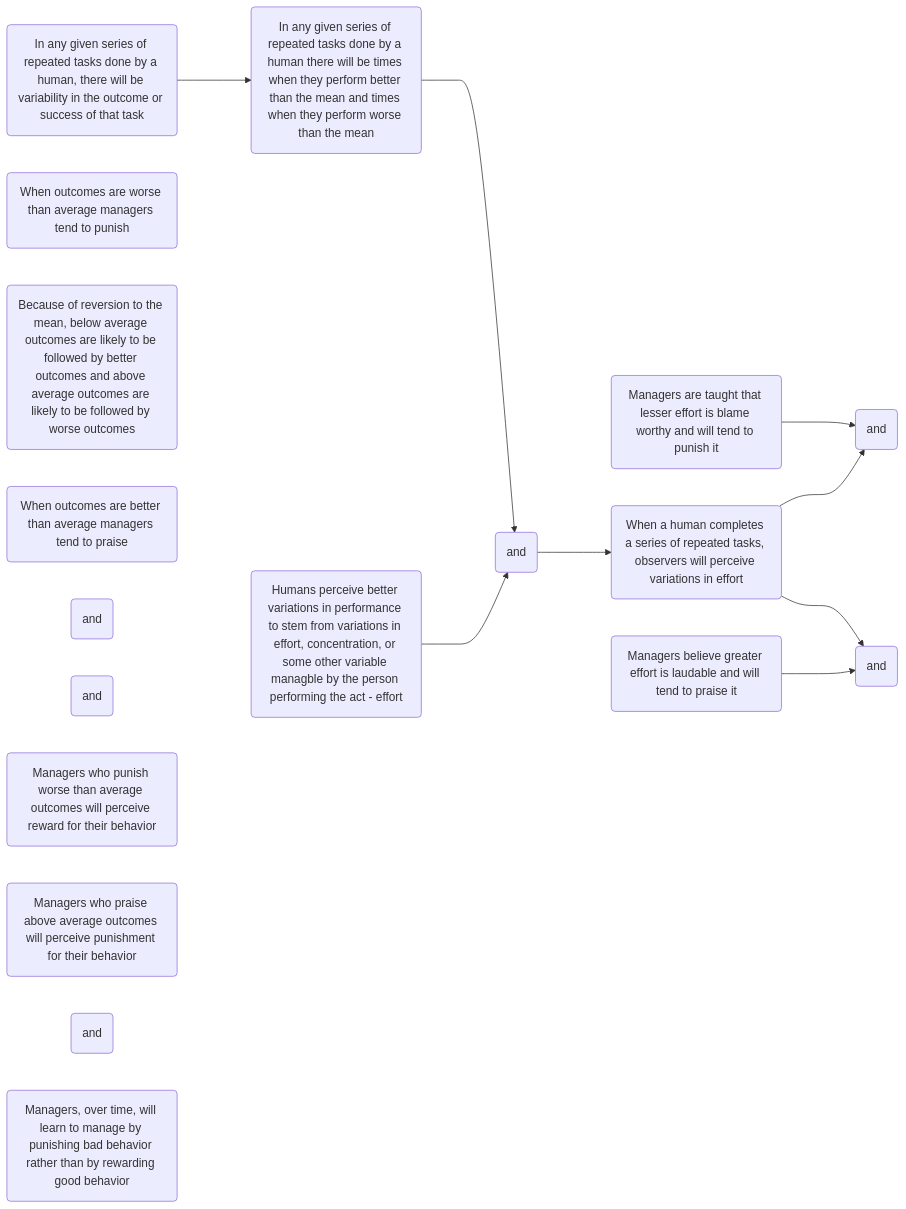
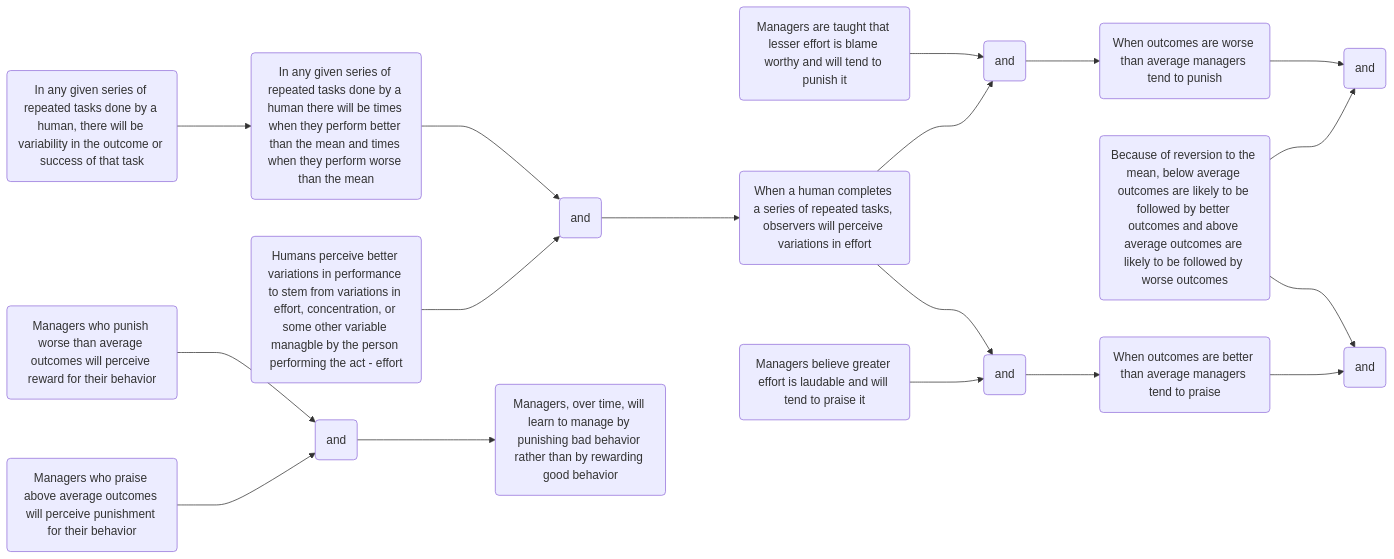
Before and after one commit to hwetsman/TOC_Trees: the diagram in Why_Managers_Learn_To_Manage_Negatively.md, drawn with Mermaid.

Commit message:
Refactor: complete draft of links

`````diff
--- a/Why_Managers_Learn_To_Manage_Negatively.md
+++ b/Why_Managers_Learn_To_Manage_Negatively.md
@@ -1,31 +1,39 @@
 ```mermaid
 flowchart LR
 
 human_variability(In any given series of repeated tasks done by a human, there will be variability in the outcome or success of that task)
 above_and_below(In any given series of repeated tasks done by a human there will be times when they perform better than the mean and times when they perform worse than the mean)
   human_variability--->above_and_below
 human_perception(Humans perceive better variations in performance to stem from variations in effort, concentration, or some other variable managble by the person performing the act - effort)
   and1(and)
   above_and_below--->and1
   human_perception--->and1
   lesser_effort(Managers are taught that lesser effort is blame worthy and will tend to punish it)
   observer_perception(When a human completes a series of repeated tasks, observers will perceive variations in effort)
     and1--->observer_perception
   managers_belief(Managers believe greater effort is laudable and will tend to praise it)
     and2(and)
     and3(and)
     observer_perception--->and2
     observer_perception--->and3
       lesser_effort--->and2
       managers_belief--->and3
     worse_outcomes(When outcomes are worse than average managers tend to punish)
+      and2--->worse_outcomes
     reversion(Because of reversion to the mean, below average outcomes are likely to be followed by better outcomes and above average outcomes are likely to be followed by worse outcomes)
     better_outcomes(When outcomes are better than average managers tend to praise)
+      and3--->better_outcomes
       and4(and)
       and5(and)
+        worse_outcomes--->and4
+        reversion--->and4
+        reversion--->and5
+        better_outcomes--->and5
       managers_punish(Managers who punish worse than average outcomes will perceive reward for their behavior)
       managers_praise(Managers who praise above average outcomes will perceive punishment for their behavior)
         and6(and)
+          managers_punish--->and6
+          managers_praise--->and6
         managers_over_time(Managers, over time, will learn to manage by punishing bad behavior rather than by rewarding good behavior)
-
+          and6--->managers_over_time
 ````
`````
